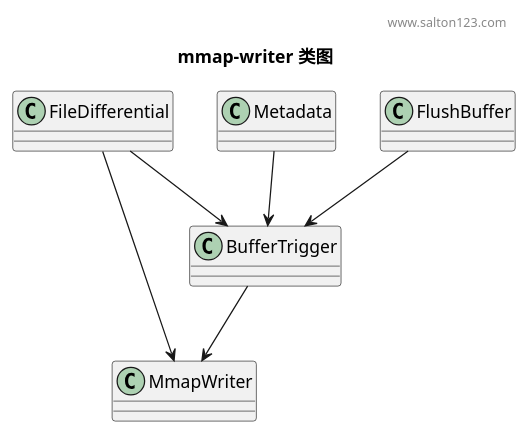
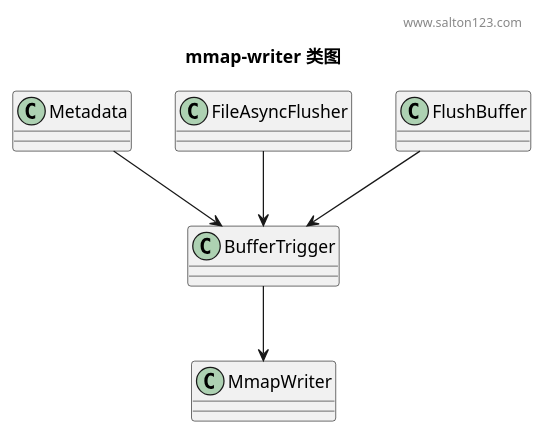
The diagram in README.MD (LiveSalton/xlog), drawn with PlantUML before and after one commit. The commit also changed 5 other files, not shown here.

````diff
--- a/README.MD
+++ b/README.MD
@@ -1,32 +1,31 @@
 ```plantuml
 title mmap-writer 类图
 header www.salton123.com
 
 
 class MmapWriter{
 
 }
 
-class Metadata{
+class Metadata {
 
 }
 
-class FileDifferential{
+class FileAsyncFlusher {
 
 }
 
 class BufferTrigger{
 
 }
 
 class FlushBuffer{
 
 }
 
 
 Metadata --> BufferTrigger
 FlushBuffer --> BufferTrigger
 BufferTrigger --> MmapWriter
-FileDifferential --> BufferTrigger
-FileDifferential --> MmapWriter
+FileAsyncFlusher --> BufferTrigger
 ```
````
